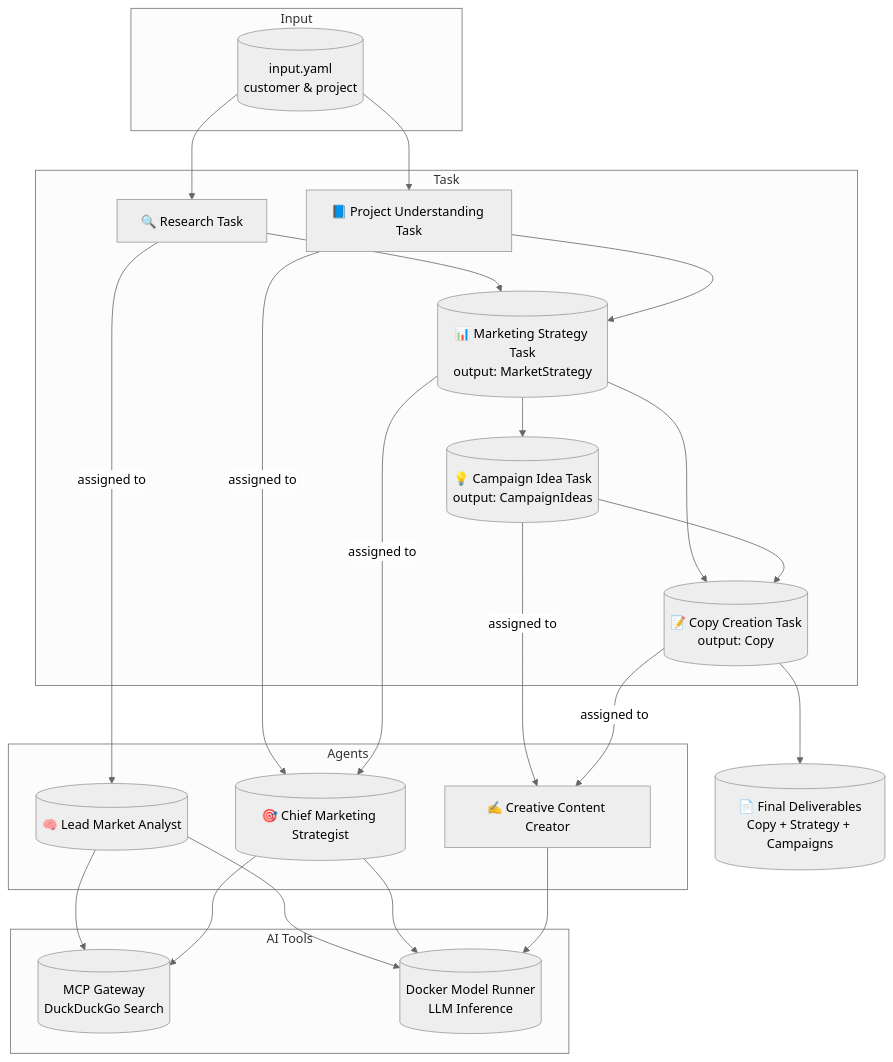
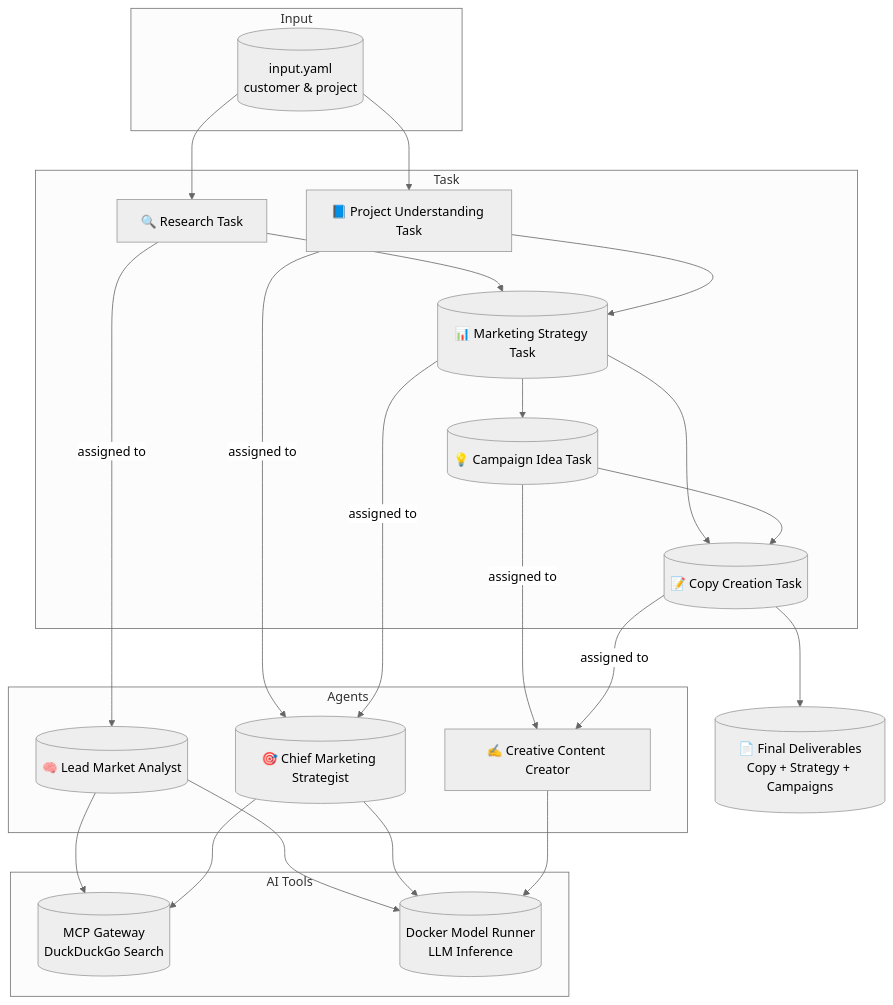
Before and after one commit to dockersamples/docker-cerebras-demo: the diagram in crew-ai/README.md, drawn with Mermaid (neutral theme).

Commit message:
chore: trim diagram a bit

````diff
--- a/crew-ai/README.md
+++ b/crew-ai/README.md
@@ -71,49 +71,49 @@
 ```mermaid
 flowchart TD
     subgraph Input
       input[(input.yaml<br/>customer & project)]
     end
 
     subgraph Agents
-      A1[(🧠 Lead Market Analyst<br/>)]
+      A1[(🧠 Lead Market Analyst)]
       A2[(🎯 Chief Marketing Strategist)]
       A3[✍️ Creative Content Creator]
     end
 
     subgraph Task
       T1[🔍 Research Task]
       T2[📘 Project Understanding Task]
-      T3[(📊 Marketing Strategy Task<br/>output: MarketStrategy)]
-      T4[(💡 Campaign Idea Task<br/>output: CampaignIdeas)]
-      T5[(📝 Copy Creation Task<br/>output: Copy)]
+      T3[(📊 Marketing Strategy Task)]
+      T4[(💡 Campaign Idea Task)]
+      T5[(📝 Copy Creation Task)]
     end
 
     subgraph AI Tools
       MCP[(MCP Gateway<br/>DuckDuckGo Search)]
       LLM[(Docker Model Runner<br/>LLM Inference)]
     end
 
     input --> T1
     input --> T2
 
     T1 -->|assigned to| A1
     T2 -->|assigned to| A2
     T3 -->|assigned to| A2
     T4 -->|assigned to| A3
     T5 -->|assigned to| A3
 
     A1 --> MCP
     A2 --> MCP
 
     A1 --> LLM
     A2 --> LLM
     A3 --> LLM
 
     T1 --> T3
     T2 --> T3
     T3 --> T4
     T3 --> T5
     T4 --> T5
 
     T5 --> Output[(📄 Final Deliverables<br/>Copy + Strategy + Campaigns)]
 ```
````
